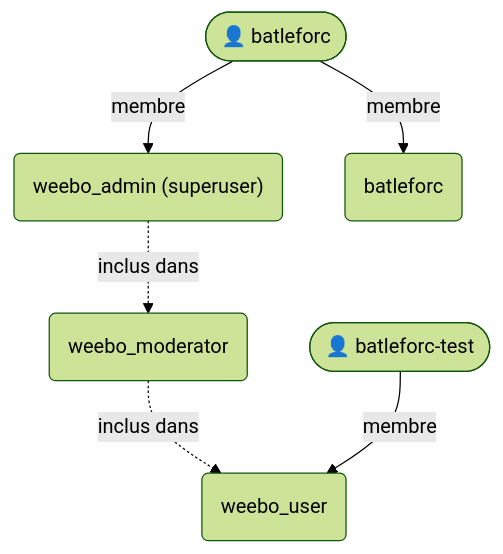
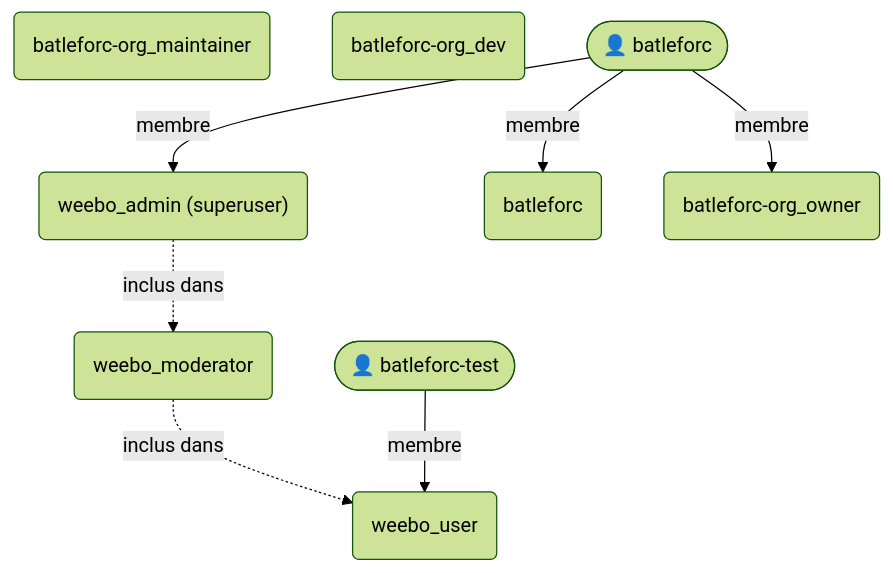
The diagram in 0.docs/content/docs/security/authentication/groupes.mdx (batleforc/weebo-si), drawn with Mermaid (forest theme) before and after one commit. The commit also changed other lines of this file and 59 other files, not shown here.

First line of the commit message:
feat(network): operators' CiliumNetworkPolicy from their own charts

````diff
--- a/0.docs/content/docs/security/authentication/groupes.mdx
+++ b/0.docs/content/docs/security/authentication/groupes.mdx
@@ -14,14 +14,18 @@
 ```mermaid
 flowchart TB
   n_group_weebo_user_58ae05("weebo_user")
   n_group_weebo_moderator_a8f585("weebo_moderator")
   n_group_weebo_admin_38219b("weebo_admin (superuser)")
   n_group_batleforc_a99536("batleforc")
+  n_group_batleforc_org_owner_78e71b("batleforc-org_owner")
+  n_group_batleforc_org_maintainer_e8bbc5("batleforc-org_maintainer")
+  n_group_batleforc_org_dev_267fd6("batleforc-org_dev")
   n_user_batleforc_01dd2e(["👤 batleforc"])
   n_user_batleforc_test_74b72b(["👤 batleforc-test"])
   n_group_weebo_moderator_a8f585 -.->|"inclus dans"| n_group_weebo_user_58ae05
   n_group_weebo_admin_38219b -.->|"inclus dans"| n_group_weebo_moderator_a8f585
   n_user_batleforc_01dd2e -->|"membre"| n_group_weebo_admin_38219b
   n_user_batleforc_01dd2e -->|"membre"| n_group_batleforc_a99536
+  n_user_batleforc_01dd2e -->|"membre"| n_group_batleforc_org_owner_78e71b
   n_user_batleforc_test_74b72b -->|"membre"| n_group_weebo_user_58ae05
 ```
````
